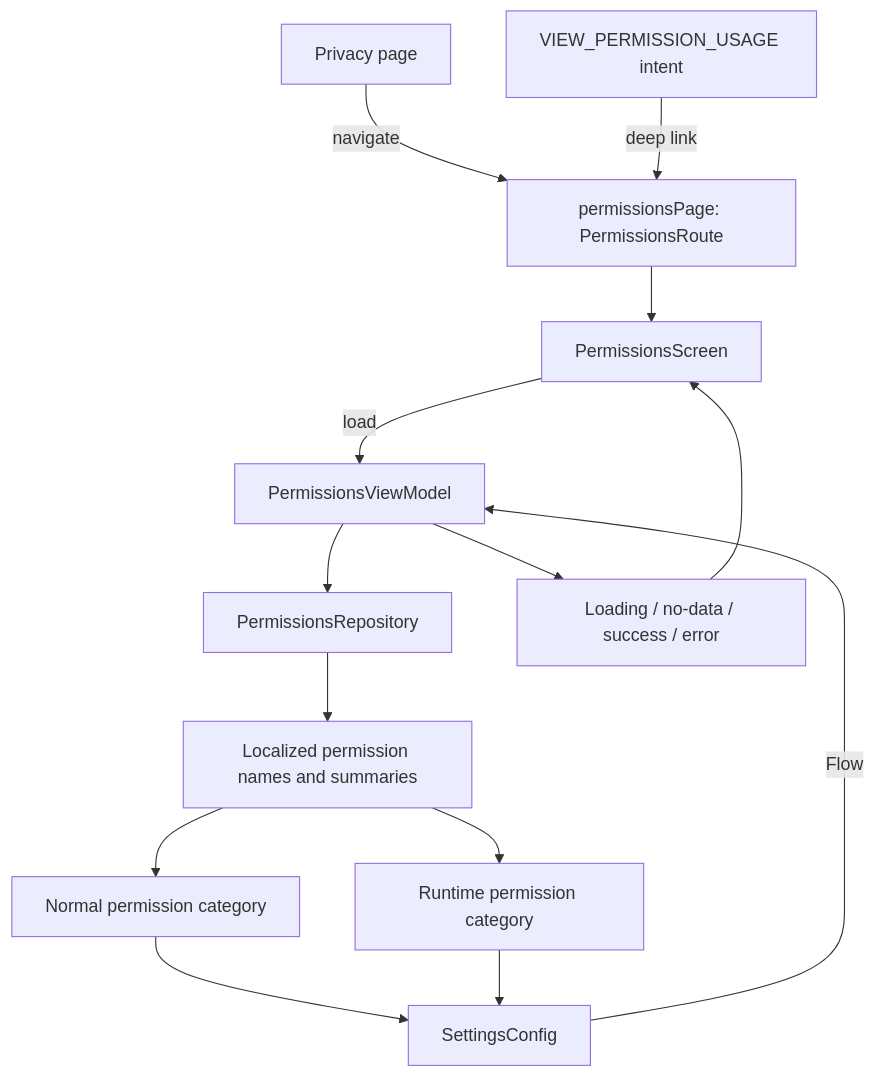
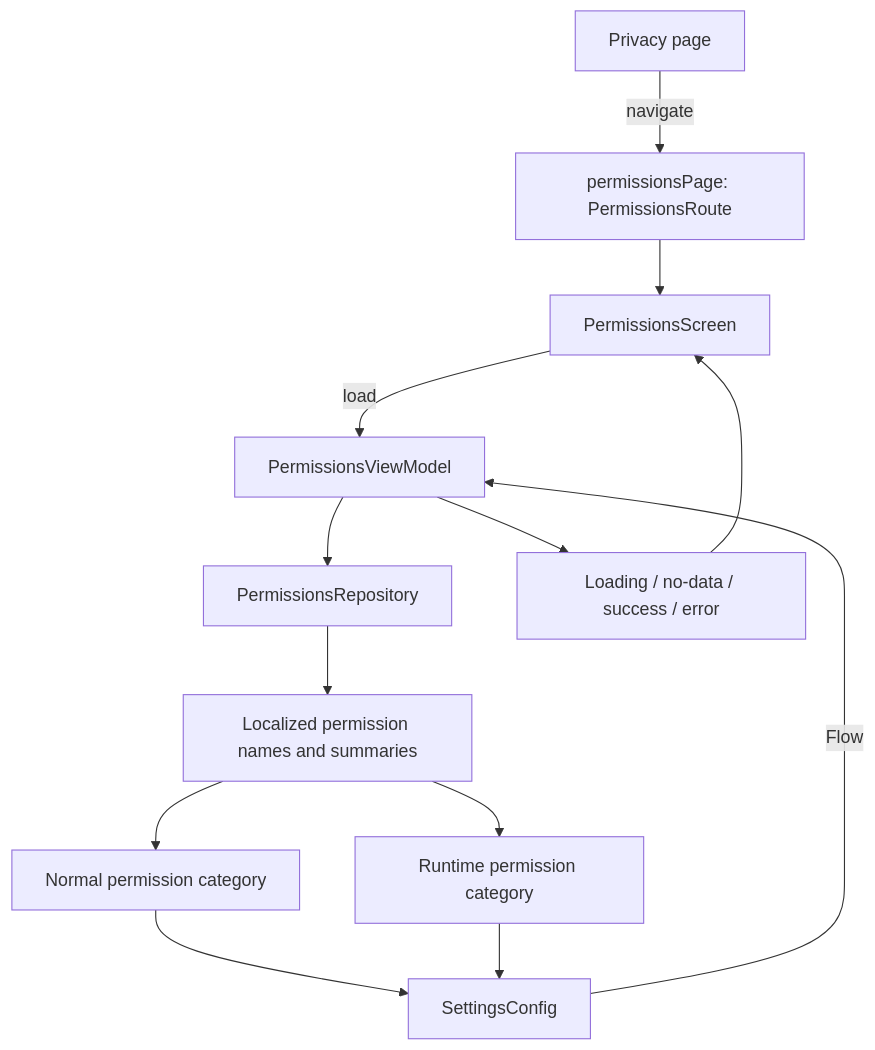
The diagram in library/feature/permissions/README.md (MihaiCristianCondrea/App-Toolkit-for-Android), drawn with Mermaid before and after one commit. The commit also changed other lines of this file and 22 other files, not shown here.

First line of the commit message:
Build the permission usage entry point into the Toolkit

````diff
--- a/library/feature/permissions/README.md
+++ b/library/feature/permissions/README.md
@@ -60,16 +39,15 @@
 ```mermaid
 flowchart TD
     Privacy[Privacy page] -->|navigate| Page[permissionsPage: PermissionsRoute]
-    System[VIEW_PERMISSION_USAGE intent] -->|deep link| Page
     Page --> Screen[PermissionsScreen]
     Screen -->|load| VM[PermissionsViewModel]
     VM --> Repo[PermissionsRepository]
     Repo --> Resources[Localized permission names and summaries]
     Resources --> Normal[Normal permission category]
     Resources --> Runtime[Runtime permission category]
     Normal --> Config[SettingsConfig]
     Runtime --> Config
     Config -->|Flow| VM
     VM --> State[Loading / no-data / success / error]
     State --> Screen
 ```
````
